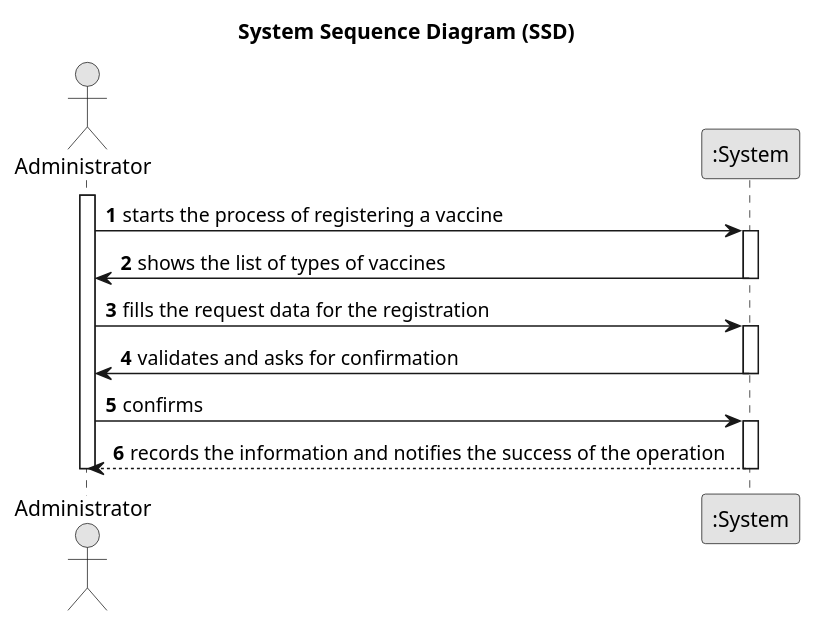
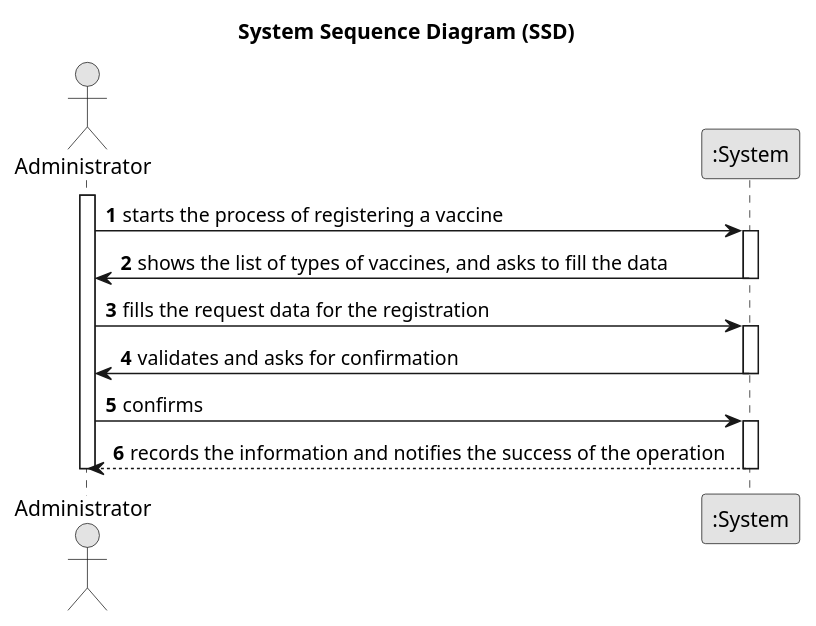
Before and after one commit to rafaafig/SnsTrab: the diagram in sns-base/doc/global/user-story/puml/US011-SSD.puml, drawn with PlantUML.

Commit message:
new update on US011

```diff
--- a/sns-base/doc/global/user-story/puml/US011-SSD.puml
+++ b/sns-base/doc/global/user-story/puml/US011-SSD.puml
@@ -1,30 +1,30 @@
 @startuml
 skinparam monochrome true
 skinparam packageStyle rectangle
 skinparam shadowing false
 
 title System Sequence Diagram (SSD)
 
 autonumber
 
 actor Administrator
 participant ":System" as System
 
 activate Administrator
     Administrator -> System : starts the process of registering a vaccine
 activate System
-    System -> Administrator : shows the list of types of vaccines
+    System -> Administrator : shows the list of types of vaccines, and asks to fill the data
 deactivate System
 
      Administrator -> System : fills the request data for the registration
 activate System
     System -> Administrator : validates and asks for confirmation
 deactivate System
 
 Administrator -> System : confirms
 activate System
     System --> Administrator : records the information and notifies the success of the operation
 deactivate System
 deactivate Administrator
 
 @enduml
```
